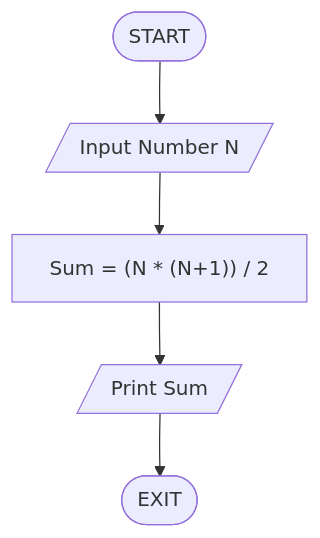
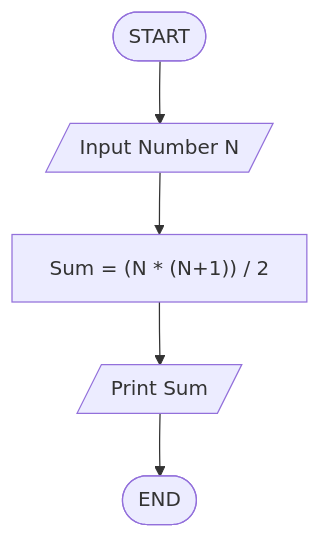
Before and after one commit to jayesh-shivlani/Java: the sixth of 7 diagrams in FlowchartsAndPseudocodes/README.md, drawn with Mermaid. The commit also changed other lines of this file and 1 other file, not shown here.

Commit message:
Update README.md to replace 'Exit' with 'End' for consistency and clarity. Added Practice Questions for Flowcharts & Pseudocodes

````diff
--- a/FlowchartsAndPseudocodes/README.md
+++ b/FlowchartsAndPseudocodes/README.md
@@ -231,8 +232,8 @@
 ```mermaid
 graph TD 
 
 A([START]) --> B[/Input Number N/]
 B --> C["Sum = (N * (N+1)) / 2"]
 C --> D[/Print Sum/]
-D --> E([EXIT])
+D --> E([END])
 ```
````
